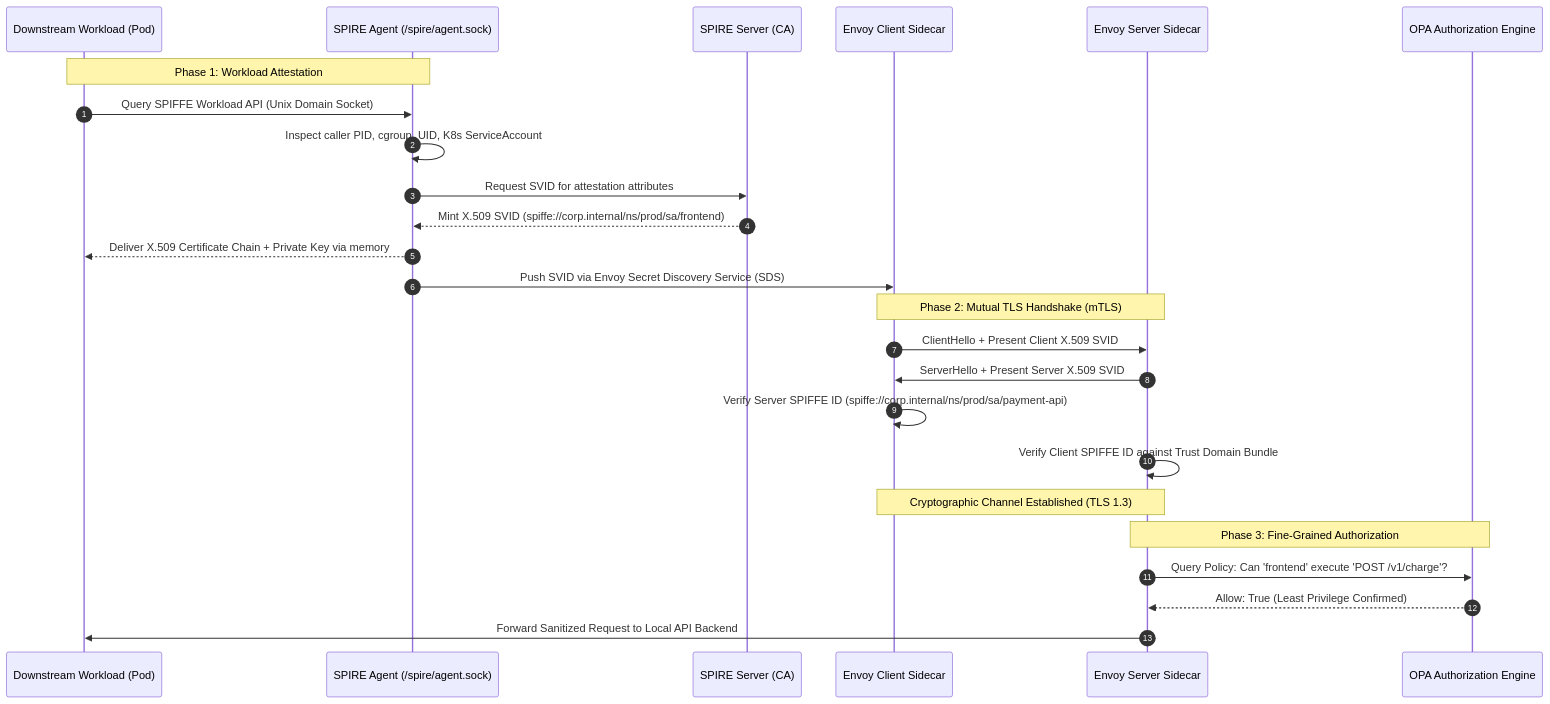
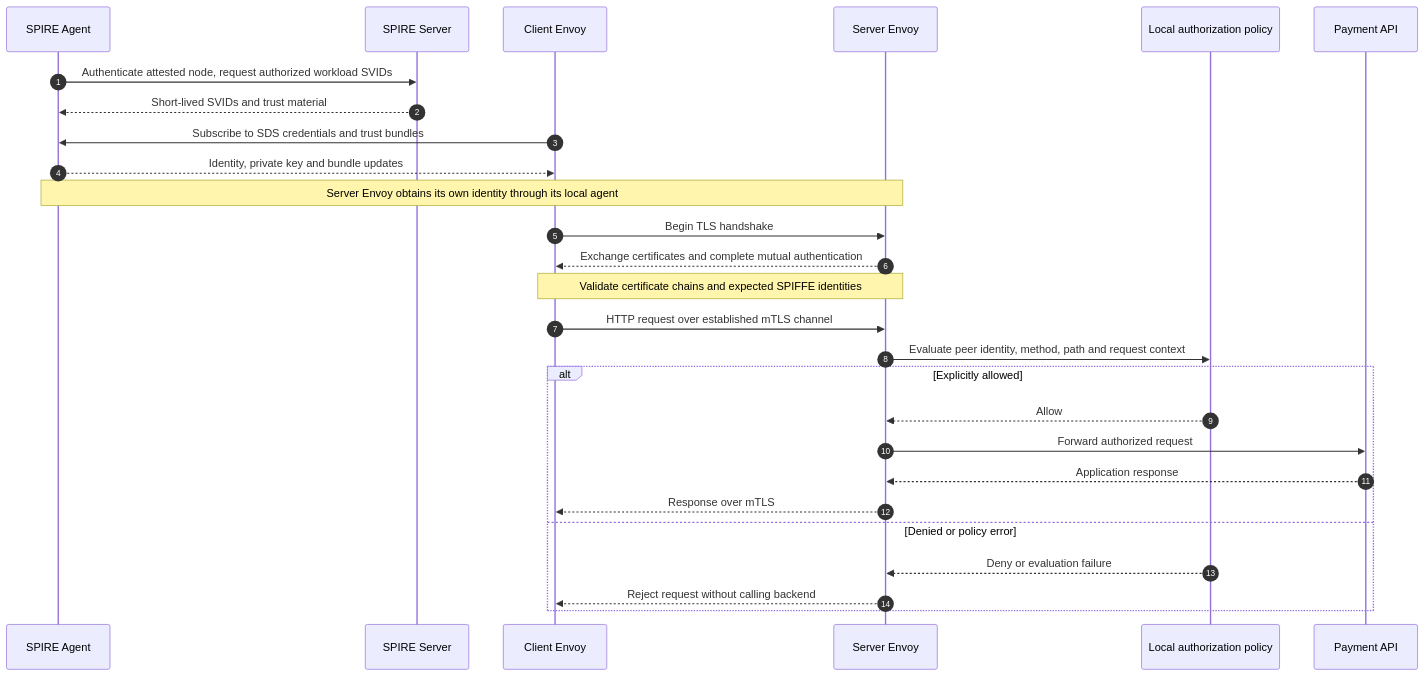
The second of 2 diagrams in priv/static/labs/Zero-Trust-Architecture.md (CloudSecCorner/cloudseccorner.github.io), drawn with Mermaid before and after one commit. The commit also changed other lines of this file and 87 other files, not shown here.

Commit message:
feat: refresh developer architectures and unify site UI

````diff
--- a/priv/static/labs/Zero-Trust-Architecture.md
+++ b/priv/static/labs/Zero-Trust-Architecture.md
@@ -59,30 +46,29 @@
 ```mermaid
 sequenceDiagram
-    autonumber
-    participant Workload as Downstream Workload (Pod)
-    participant Agent as SPIRE Agent (/spire/agent.sock)
-    participant Server as SPIRE Server (CA)
-    participant EnvoyClient as Envoy Client Sidecar
-    participant EnvoyServer as Envoy Server Sidecar
-    participant OPA as OPA Authorization Engine
-
-    Note over Workload,Agent: Phase 1: Workload Attestation
-    Workload->>Agent: Query SPIFFE Workload API (Unix Domain Socket)
-    Agent->>Agent: Inspect caller PID, cgroup, UID, K8s ServiceAccount
-    Agent->>Server: Request SVID for attestation attributes
-    Server-->>Agent: Mint X.509 SVID (spiffe://corp.internal/ns/prod/sa/frontend)
-    Agent-->>Workload: Deliver X.509 Certificate Chain + Private Key via memory
-    Agent->>EnvoyClient: Push SVID via Envoy Secret Discovery Service (SDS)
-
-    Note over EnvoyClient,EnvoyServer: Phase 2: Mutual TLS Handshake (mTLS)
-    EnvoyClient->>EnvoyServer: ClientHello + Present Client X.509 SVID
-    EnvoyServer->>EnvoyClient: ServerHello + Present Server X.509 SVID
-    EnvoyClient->>EnvoyClient: Verify Server SPIFFE ID (spiffe://corp.internal/ns/prod/sa/payment-api)
-    EnvoyServer->>EnvoyServer: Verify Client SPIFFE ID against Trust Domain Bundle
-    Note over EnvoyClient,EnvoyServer: Cryptographic Channel Established (TLS 1.3)
-
-    Note over EnvoyServer,OPA: Phase 3: Fine-Grained Authorization
-    EnvoyServer->>OPA: Query Policy: Can 'frontend' execute 'POST /v1/charge'?
-    OPA-->>EnvoyServer: Allow: True (Least Privilege Confirmed)
-    EnvoyServer->>Workload: Forward Sanitized Request to Local API Backend
+      autonumber
+      participant Agent as SPIRE Agent
+      participant Server as SPIRE Server
+      participant Client as Client Envoy
+      participant Proxy as Server Envoy
+      participant OPA as Local authorization policy
+      participant API as Payment API
+      Agent->>Server: Authenticate attested node, request authorized workload SVIDs
+      Server-->>Agent: Short-lived SVIDs and trust material
+      Client->>Agent: Subscribe to SDS credentials and trust bundles
+      Agent-->>Client: Identity, private key and bundle updates
+      Note over Agent,Proxy: Server Envoy obtains its own identity through its local agent
+      Client->>Proxy: Begin TLS handshake
+      Proxy-->>Client: Exchange certificates and complete mutual authentication
+      Note over Client,Proxy: Validate certificate chains and expected SPIFFE identities
+      Client->>Proxy: HTTP request over established mTLS channel
+      Proxy->>OPA: Evaluate peer identity, method, path and request context
+      alt Explicitly allowed
+        OPA-->>Proxy: Allow
+        Proxy->>API: Forward authorized request
+        API-->>Proxy: Application response
+        Proxy-->>Client: Response over mTLS
+      else Denied or policy error
+        OPA-->>Proxy: Deny or evaluation failure
+        Proxy-->>Client: Reject request without calling backend
+      end
 ```
````
